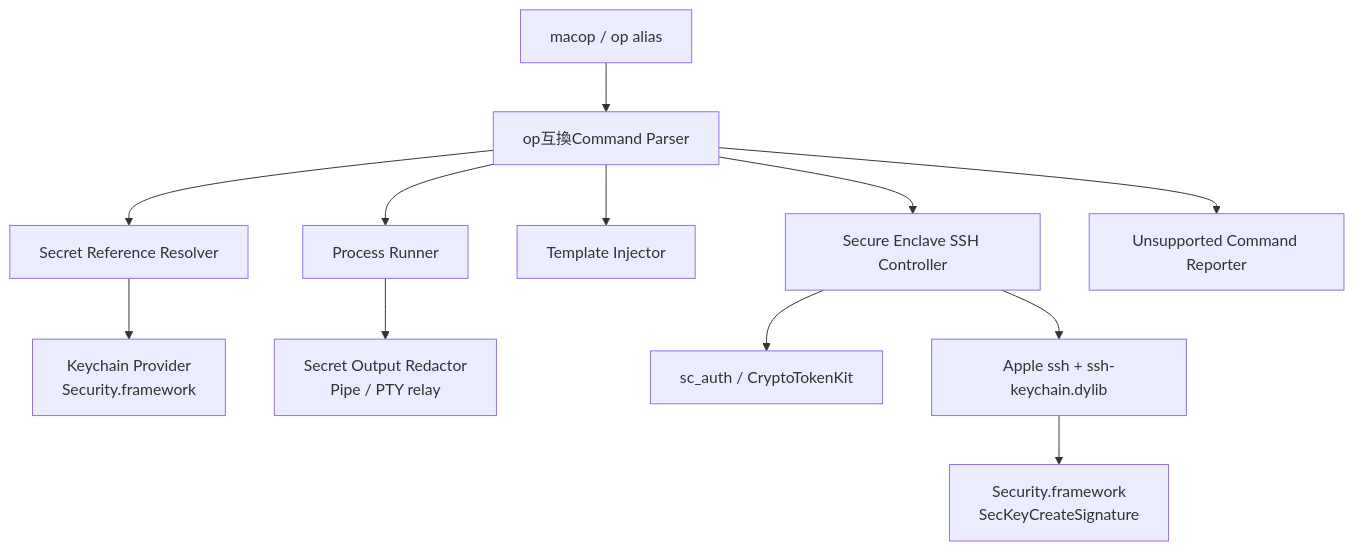
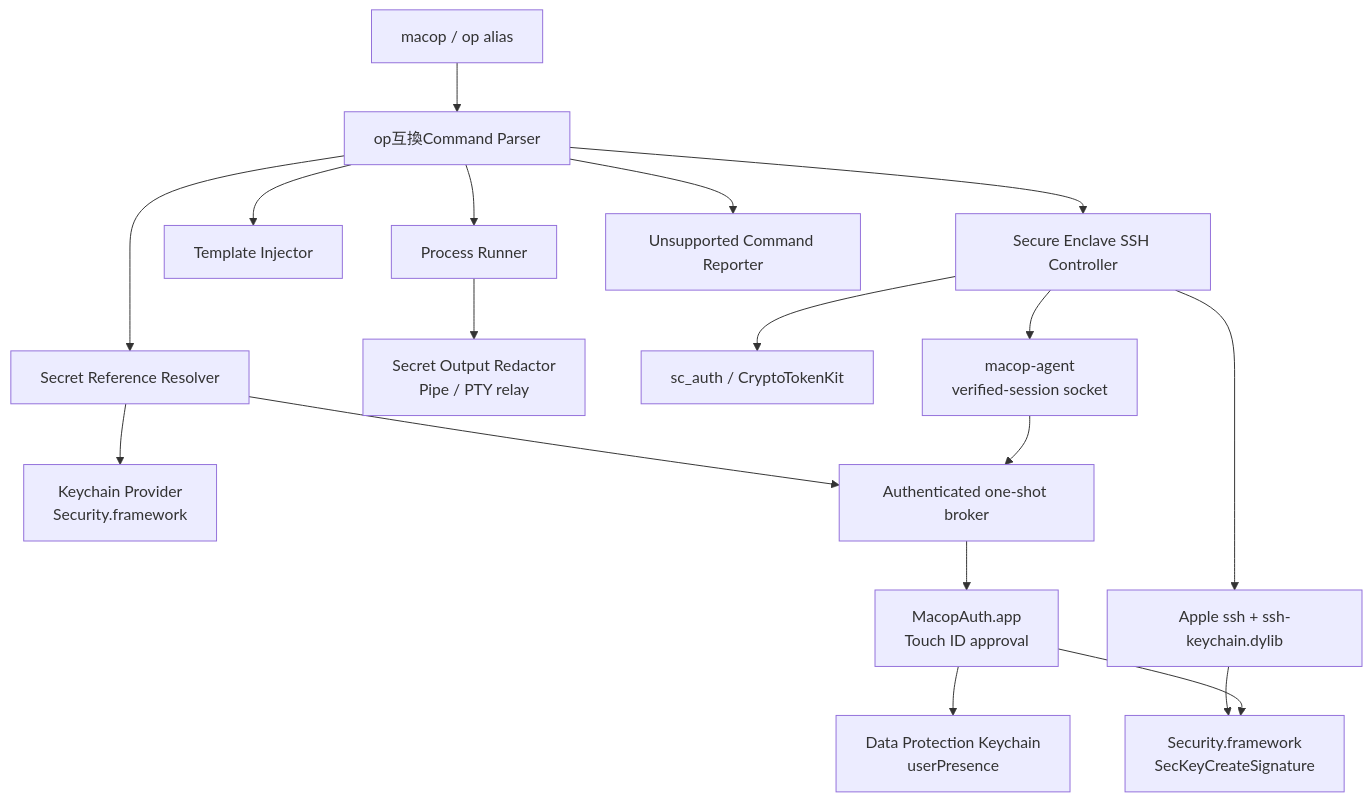
Before and after one commit to slashkiko/macop: the second of 2 diagrams in docs/macop-design.md, drawn with Mermaid. The commit also changed other lines of this file and 1 other file, not shown here.

````diff
--- a/docs/macop-design.md
+++ b/docs/macop-design.md
@@ -425,14 +426,20 @@
 ```mermaid
 flowchart TD
     CLI["macop / op alias"] --> Parser["op互換Command Parser"]
     Parser --> Resolver["Secret Reference Resolver"]
     Resolver --> Keychain["Keychain Provider<br>Security.framework"]
+    Resolver --> Broker["Authenticated one-shot broker"]
+    Broker --> AuthApp["MacopAuth.app<br>Touch ID approval"]
+    AuthApp --> ManagedKeychain["Data Protection Keychain<br>userPresence"]
     Parser --> Runner["Process Runner"]
     Runner --> Redactor["Secret Output Redactor<br>Pipe / PTY relay"]
     Parser --> Injector["Template Injector"]
     Parser --> SSH["Secure Enclave SSH Controller"]
     SSH --> CTK["sc_auth / CryptoTokenKit"]
     SSH --> AppleSSH["Apple ssh + ssh-keychain.dylib"]
     AppleSSH --> Key["Security.framework<br>SecKeyCreateSignature"]
+    SSH --> Agent["macop-agent<br>verified-session socket"]
+    Agent --> Broker
+    AuthApp --> Key
     Parser --> Unsupported["Unsupported Command Reporter"]
 ```
````
